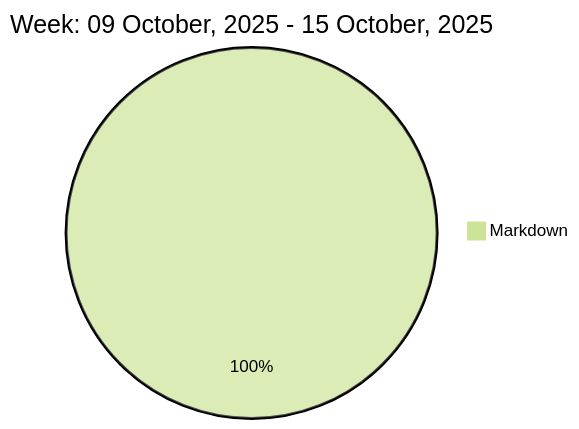
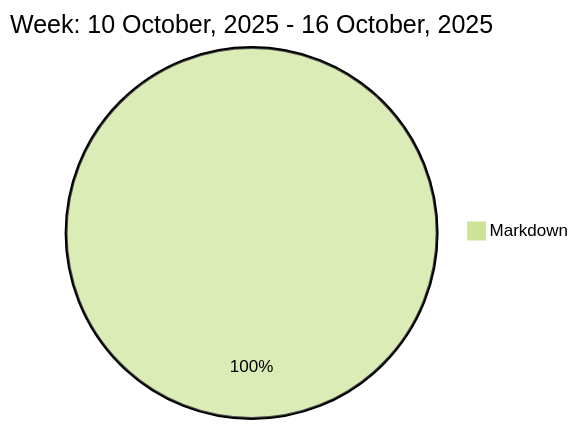
The diagram in README.md (liubin95/liubin95), drawn with Mermaid (forest theme) before and after one commit.

Commit message:
Updated the Graph with new Metrics

````diff
--- a/README.md
+++ b/README.md
@@ -37,5 +37,5 @@
 ```mermaid
  pie
-title Week: 09 October, 2025 - 15 October, 2025
- "Markdown" : 2.47
+title Week: 10 October, 2025 - 16 October, 2025
+ "Markdown" : 2.43
 ```
````
